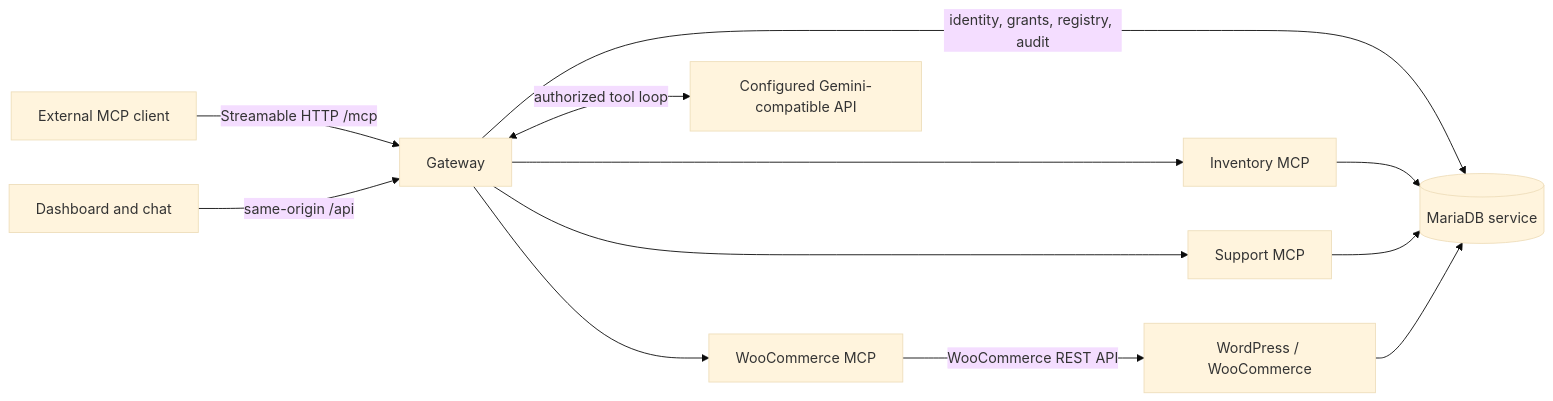
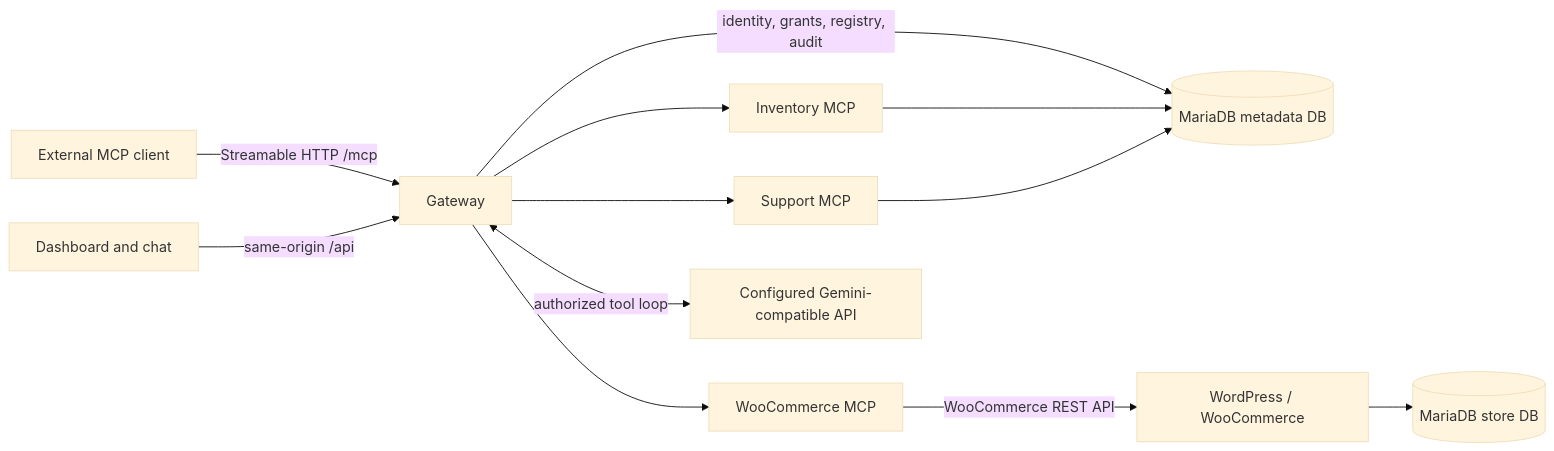
The diagram in README.md (sandep962/mcphub-kubernetes-gateway), drawn with Mermaid (base theme) before and after one commit. The commit also changed other lines of this file, not shown here.

````diff
--- a/README.md
+++ b/README.md
@@ -51,14 +135,14 @@
-```mermaid
+``` mermaid
 flowchart LR
     Client[External MCP client] -->|Streamable HTTP /mcp| Gateway
     Browser[Dashboard and chat] -->|same-origin /api| Gateway
-    Gateway -->|identity, grants, registry, audit| MariaDB[(MariaDB service)]
+    Gateway -->|identity, grants, registry, audit| Meta[(MariaDB metadata DB)]
     Gateway --> Inventory[Inventory MCP]
     Gateway --> Support[Support MCP]
     Gateway --> WooMCP[WooCommerce MCP]
-    Inventory --> MariaDB
-    Support --> MariaDB
+    Inventory --> Meta
+    Support --> Meta
     WooMCP -->|WooCommerce REST API| WordPress[WordPress / WooCommerce]
-    WordPress --> MariaDB
-    Gateway <-->|authorized tool loop| Gemini[Configured Gemini-compatible API]
+    WordPress --> StoreDB[(MariaDB store DB)]
+    Gateway <-->|authorized tool loop| LLM[Configured Gemini-compatible API]
 ```
````
